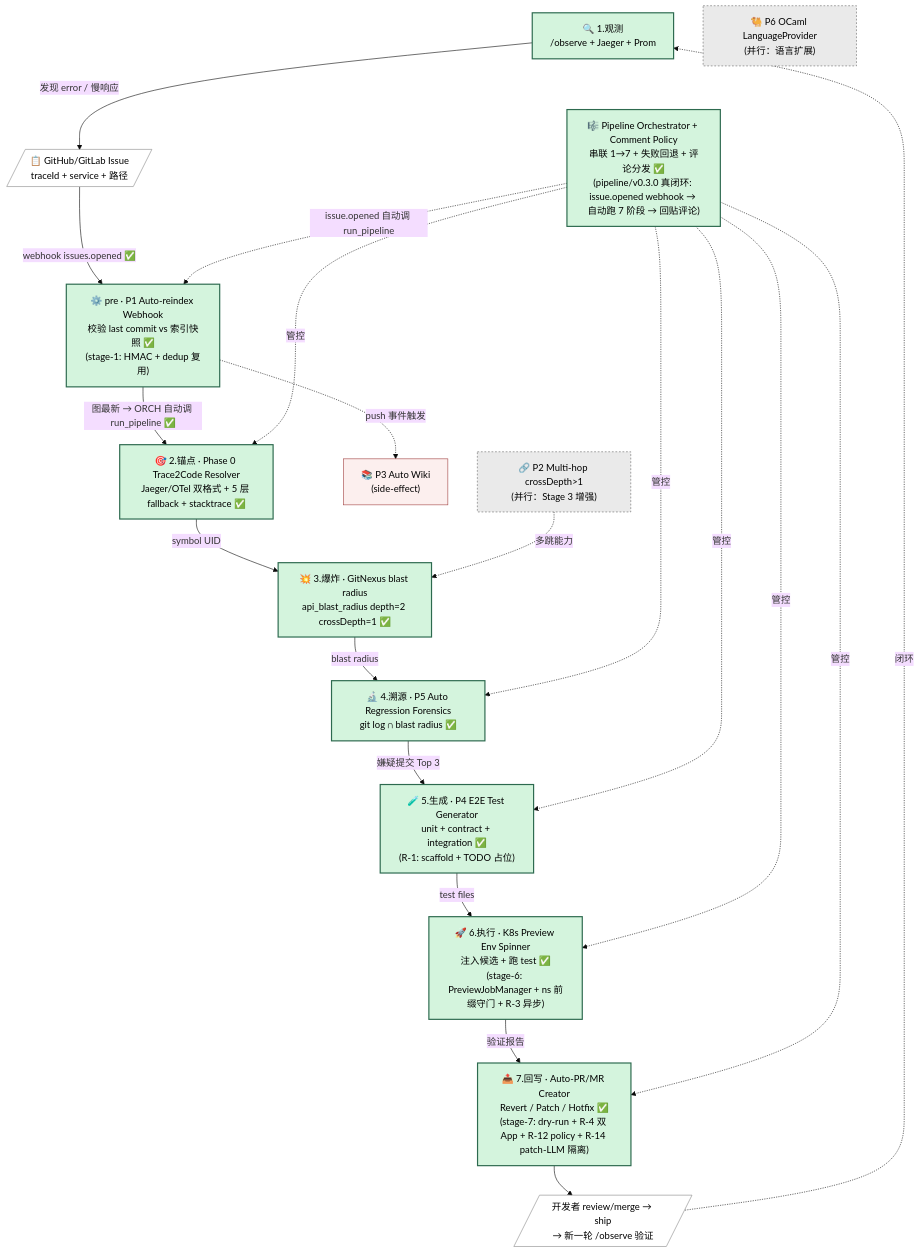
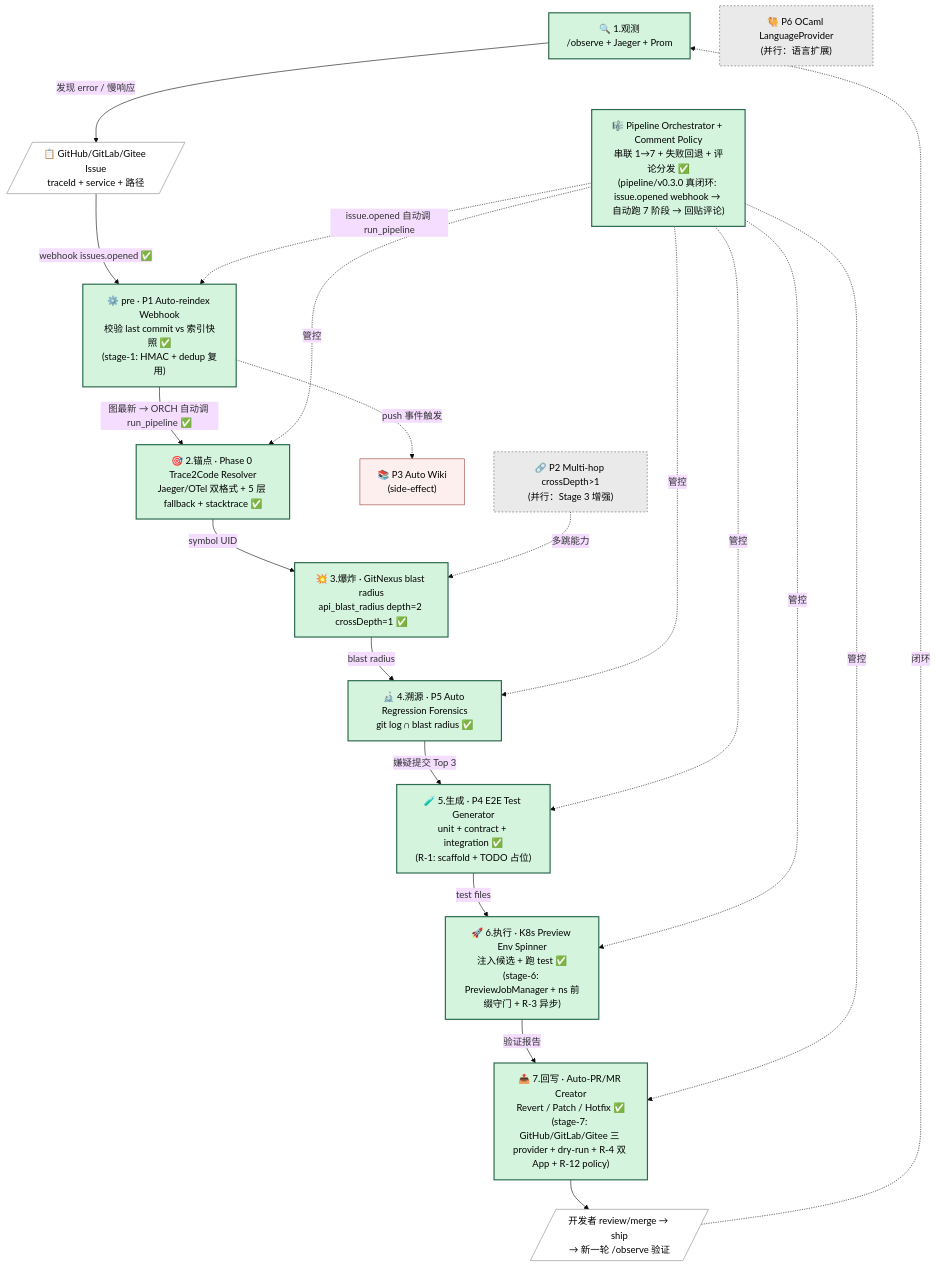
One commit to zxs1633079383/GitNexus changed the diagram in docs/learn/diagrams/16-agentic-devops-7-stage-loop.mmd. Above: the diagram before and after it, drawn with Mermaid (base theme). The commit also changed 10 other files, not shown here.

```diff
--- a/docs/learn/diagrams/16-agentic-devops-7-stage-loop.mmd
+++ b/docs/learn/diagrams/16-agentic-devops-7-stage-loop.mmd
@@ -1,47 +1,47 @@
 %% Agentic DevOps 7 阶段闭环 —— 团队自建版 GitNexus 企业版
 %% 配套文档：docs/learn/Agentic-DevOps-企业版路线图-v2.md §0.2
 
 flowchart TB
     OBS["🔍 1.观测<br/>/observe + Jaeger + Prom"]:::existing
-    ISSUE[/"📋 GitHub/GitLab Issue<br/>traceId + service + 路径"/]:::external
+    ISSUE[/"📋 GitHub/GitLab/Gitee Issue<br/>traceId + service + 路径"/]:::external
     PRE["⚙️ pre · P1 Auto-reindex Webhook<br/>校验 last commit vs 索引快照 ✅<br/>(stage-1: HMAC + dedup 复用)"]:::existing
     S2["🎯 2.锚点 · Phase 0 Trace2Code Resolver<br/>Jaeger/OTel 双格式 + 5 层 fallback + stacktrace ✅"]:::existing
     S3["💥 3.爆炸 · GitNexus blast radius<br/>api_blast_radius depth=2 crossDepth=1 ✅"]:::existing
     S4["🔬 4.溯源 · P5 Auto Regression Forensics<br/>git log ∩ blast radius ✅"]:::existing
     S5["🧪 5.生成 · P4 E2E Test Generator<br/>unit + contract + integration ✅<br/>(R-1: scaffold + TODO 占位)"]:::existing
     S6["🚀 6.执行 · K8s Preview Env Spinner<br/>注入候选 + 跑 test ✅<br/>(stage-6: PreviewJobManager + ns 前缀守门 + R-3 异步)"]:::existing
-    S7["📤 7.回写 · Auto-PR/MR Creator<br/>Revert / Patch / Hotfix ✅<br/>(stage-7: dry-run + R-4 双 App + R-12 policy + R-14 patch-LLM 隔离)"]:::existing
+    S7["📤 7.回写 · Auto-PR/MR Creator<br/>Revert / Patch / Hotfix ✅<br/>(stage-7: GitHub/GitLab/Gitee 三 provider + dry-run + R-4 双 App + R-12 policy)"]:::existing
     LOOP[/"开发者 review/merge → ship<br/>→ 新一轮 /observe 验证"/]:::external
 
     ORCH["🎼 Pipeline Orchestrator + Comment Policy<br/>串联 1→7 + 失败回退 + 评论分发 ✅<br/>(pipeline/v0.3.0 真闭环: issue.opened webhook → 自动跑 7 阶段 → 回贴评论)"]:::existing
     WIKI["📚 P3 Auto Wiki<br/>(side-effect)"]:::side
     P2["🔗 P2 Multi-hop crossDepth>1<br/>(并行：Stage 3 增强)"]:::parallel
     P6["🐫 P6 OCaml LanguageProvider<br/>(并行：语言扩展)"]:::parallel
 
     OBS -->|发现 error / 慢响应| ISSUE
     ISSUE -->|webhook issues.opened ✅| PRE
     PRE -->|图最新 → ORCH 自动调 run_pipeline ✅| S2
     S2 -->|symbol UID| S3
     S3 -->|blast radius| S4
     S4 -->|嫌疑提交 Top 3| S5
     S5 -->|test files| S6
     S6 -->|验证报告| S7
     S7 --> LOOP
     LOOP -.->|闭环| OBS
 
     ORCH -.->|issue.opened 自动调 run_pipeline| PRE
     ORCH -.->|管控| S2
     ORCH -.->|管控| S4
     ORCH -.->|管控| S5
     ORCH -.->|管控| S6
     ORCH -.->|管控| S7
 
     PRE -.->|push 事件触发| WIKI
     P2 -.->|多跳能力| S3
 
     classDef existing fill:#d4f4dd,stroke:#2d6a4f,color:#000,stroke-width:2px
     classDef new fill:#fff3cd,stroke:#856404,color:#000,stroke-width:2px
     classDef cross fill:#cfe2ff,stroke:#0a4d8c,color:#000,stroke-width:2px
     classDef side fill:#fcefee,stroke:#a04040,color:#000,stroke-width:1px
     classDef parallel fill:#eaeaea,stroke:#666,color:#000,stroke-width:1px,stroke-dasharray: 3 3
     classDef external fill:#fff,stroke:#888,color:#000,stroke-width:1px
```
